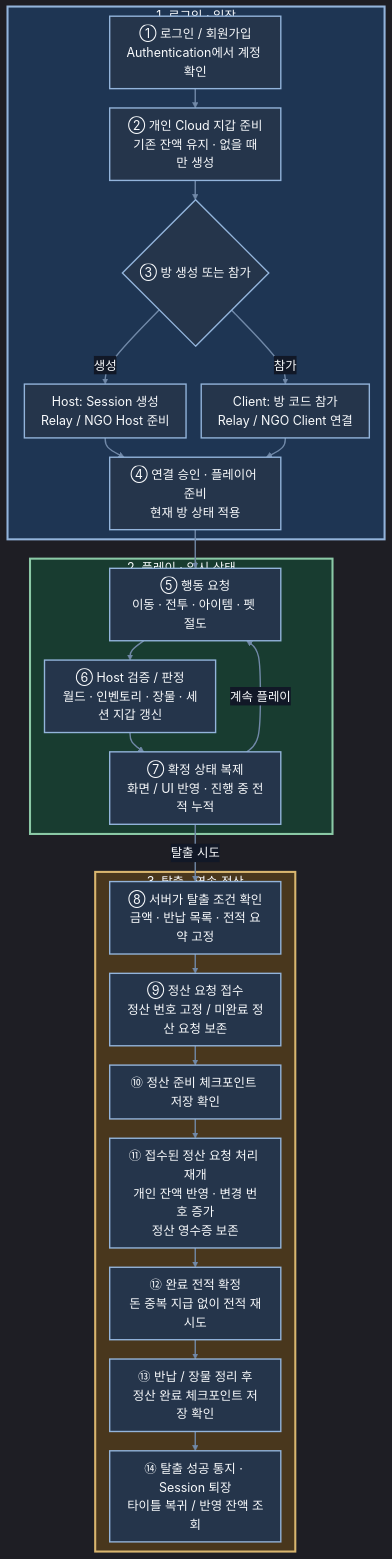
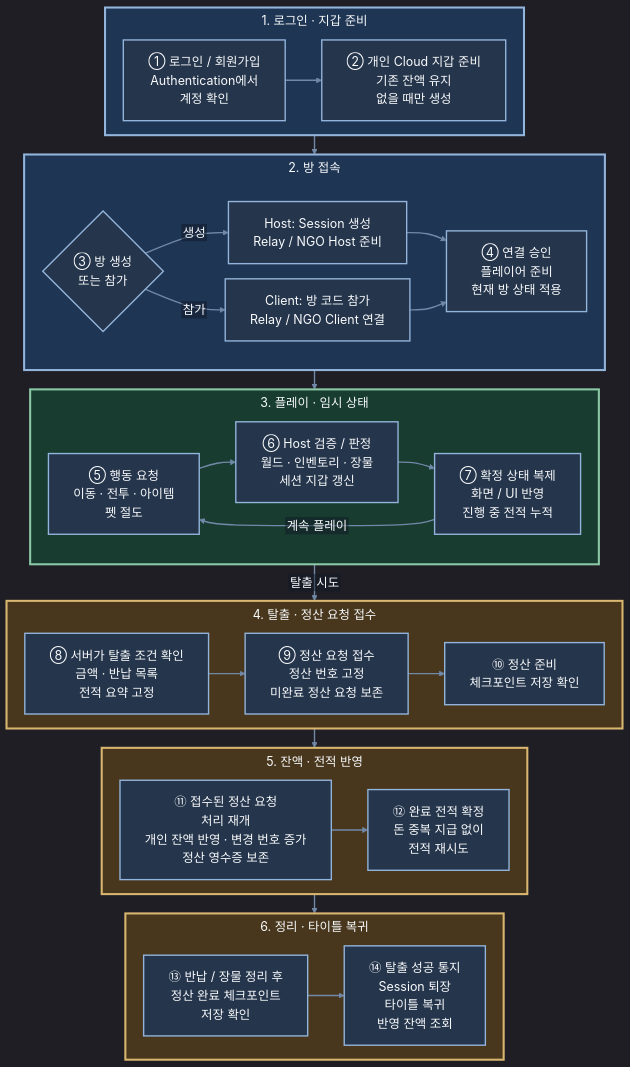
Before and after one commit to theholmes2/EchoZone: the second of 9 diagrams in README.md, drawn with Mermaid. The commit also changed other lines of this file, not shown here.

Commit message:
문서: README Mermaid 글꼴과 흐름 배치 가독성 개선

````diff
--- a/README.md
+++ b/README.md
@@ -65,41 +65,55 @@
 ```mermaid
-%%{init: {"theme":"dark","themeVariables":{"fontSize":"18px","fontFamily":"sans-serif","primaryColor":"#1E3553","primaryTextColor":"#F8FAFC","primaryBorderColor":"#93B4DB","lineColor":"#7189A8","secondaryColor":"#183C30","tertiaryColor":"#49371D","clusterBkg":"#1E3553","clusterBorder":"#93B4DB","actorBkg":"#1E3553","actorBorder":"#93B4DB","actorTextColor":"#F8FAFC","signalColor":"#F8FAFC","signalTextColor":"#F8FAFC","labelBoxBkgColor":"#49371D","labelBoxBorderColor":"#D9B66F","labelTextColor":"#F8FAFC","loopTextColor":"#F8FAFC","noteBkgColor":"#25354B","noteTextColor":"#F8FAFC","noteBorderColor":"#93B4DB","textColor":"#F8FAFC","titleColor":"#F8FAFC","secondaryTextColor":"#F8FAFC","tertiaryTextColor":"#F8FAFC","edgeLabelBackground":"#111827","nodeTextColor":"#F8FAFC","actorLineColor":"#CBD5E1","activationBorderColor":"#CBD5E1","activationBkgColor":"#25354B","darkMode":true,"background":"#111827"},"flowchart":{"nodeSpacing":22,"rankSpacing":28,"padding":12},"sequence":{"actorMargin":24,"width":110,"height":44,"diagramMarginX":8,"diagramMarginY":12,"messageMargin":28,"mirrorActors":false,"wrap":true,"actorFontSize":18,"messageFontSize":18,"noteFontSize":17},"darkMode":true,"themeCSS":"text, tspan { fill: #F8FAFC !important; } .nodeLabel, .nodeLabel p, .nodeLabel span, .edgeLabel, .edgeLabel p, .cluster-label, .cluster-label p { color: #F8FAFC !important; } .messageText, .noteText, .labelText, .loopText { fill: #F8FAFC !important; color: #F8FAFC !important; } .messageLine0, .messageLine1, .actor-line { stroke: #E2E8F0 !important; }"}}%%
-flowchart TD
-    subgraph Entry["1. 로그인 · 입장"]
-        L["① 로그인 / 회원가입<br/>Authentication에서 계정 확인"]
-        W["② 개인 Cloud 지갑 준비<br/>기존 잔액 유지 · 없을 때만 생성"]
-        Q{"③ 방 생성 또는 참가"}
+%%{init: {"theme":"dark","themeVariables":{"fontSize":"18px","fontFamily":"Arial, Malgun Gothic, sans-serif","primaryColor":"#1E3553","primaryTextColor":"#F8FAFC","primaryBorderColor":"#93B4DB","lineColor":"#7189A8","secondaryColor":"#183C30","tertiaryColor":"#49371D","clusterBkg":"#1E3553","clusterBorder":"#93B4DB","actorBkg":"#1E3553","actorBorder":"#93B4DB","actorTextColor":"#F8FAFC","signalColor":"#F8FAFC","signalTextColor":"#F8FAFC","labelBoxBkgColor":"#49371D","labelBoxBorderColor":"#D9B66F","labelTextColor":"#F8FAFC","loopTextColor":"#F8FAFC","noteBkgColor":"#25354B","noteTextColor":"#F8FAFC","noteBorderColor":"#93B4DB","textColor":"#F8FAFC","titleColor":"#F8FAFC","secondaryTextColor":"#F8FAFC","tertiaryTextColor":"#F8FAFC","edgeLabelBackground":"#111827","nodeTextColor":"#F8FAFC","actorLineColor":"#CBD5E1","activationBorderColor":"#CBD5E1","activationBkgColor":"#25354B","darkMode":true,"background":"#111827"},"flowchart":{"nodeSpacing":22,"rankSpacing":28,"padding":18,"htmlLabels":false,"wrappingWidth":360,"subGraphTitleMargin":{"top":8,"bottom":18}},"sequence":{"actorMargin":24,"width":110,"height":44,"diagramMarginX":8,"diagramMarginY":12,"messageMargin":28,"mirrorActors":false,"wrap":true,"actorFontSize":18,"messageFontSize":18,"noteFontSize":17},"darkMode":true,"themeCSS":"text, tspan { fill: #F8FAFC !important; } .nodeLabel, .nodeLabel p, .nodeLabel span, .edgeLabel, .edgeLabel p, .cluster-label, .cluster-label p { color: #F8FAFC !important; } .messageText, .noteText, .labelText, .loopText { fill: #F8FAFC !important; color: #F8FAFC !important; } .messageLine0, .messageLine1, .actor-line { stroke: #E2E8F0 !important; }","fontFamily":"Arial, Malgun Gothic, sans-serif"}}%%
+flowchart TB
+    subgraph Entry["1. 로그인 · 지갑 준비"]
+        direction LR
+        L["① 로그인 / 회원가입<br/>Authentication에서<br/>계정 확인"] --> W["② 개인 Cloud 지갑 준비<br/>기존 잔액 유지<br/>없을 때만 생성"]
+    end
+    subgraph Admission["2. 방 접속"]
+        direction LR
+        Q{"③ 방 생성<br/>또는 참가"}
         H["Host: Session 생성<br/>Relay / NGO Host 준비"]
         J["Client: 방 코드 참가<br/>Relay / NGO Client 연결"]
-        Ready["④ 연결 승인 · 플레이어 준비<br/>현재 방 상태 적용"]
-        L --> W --> Q
-        Q -->|생성| H
-        Q -->|참가| J
-        H --> Ready
-        J --> Ready
+        Ready["④ 연결 승인<br/>플레이어 준비<br/>현재 방 상태 적용"]
+        Q -->|생성| H --> Ready
+        Q -->|참가| J --> Ready
     end
-    subgraph Play["2. 플레이 · 임시 상태"]
-        Input["⑤ 행동 요청<br/>이동 · 전투 · 아이템 · 펫 절도"]
-        Judge["⑥ Host 검증 / 판정<br/>월드 · 인벤토리 · 장물 · 세션 지갑 갱신"]
-        Sync["⑦ 확정 상태 복제<br/>화면 / UI 반영 · 진행 중 전적 누적"]
+    subgraph Play["3. 플레이 · 임시 상태"]
+        direction LR
+        Input["⑤ 행동 요청<br/>이동 · 전투 · 아이템<br/>펫 절도"]
+        Judge["⑥ Host 검증 / 판정<br/>월드 · 인벤토리 · 장물<br/>세션 지갑 갱신"]
+        Sync["⑦ 확정 상태 복제<br/>화면 / UI 반영<br/>진행 중 전적 누적"]
         Input --> Judge --> Sync
+        Sync -->|계속 플레이| Input
     end
-    subgraph Exit["3. 탈출 · 영속 정산"]
-        E["⑧ 서버가 탈출 조건 확인<br/>금액 · 반납 목록 · 전적 요약 고정"]
-        P["⑨ 정산 요청 접수<br/>정산 번호 고정 / 미완료 정산 요청 보존"]
-        CP["⑩ 정산 준비 체크포인트 저장 확인"]
-        Money["⑪ 접수된 정산 요청 처리 재개<br/>개인 잔액 반영 · 변경 번호 증가<br/>정산 영수증 보존"]
-        Record["⑫ 완료 전적 확정<br/>돈 중복 지급 없이 전적 재시도"]
-        Finish["⑬ 반납 / 장물 정리 후<br/>정산 완료 체크포인트 저장 확인"]
-        Title["⑭ 탈출 성공 통지 · Session 퇴장<br/>타이틀 복귀 / 반영 잔액 조회"]
-        E --> P --> CP --> Money --> Record --> Finish --> Title
+    subgraph Prepare["4. 탈출 · 정산 요청 접수"]
+        direction LR
+        E["⑧ 서버가 탈출 조건 확인<br/>금액 · 반납 목록<br/>전적 요약 고정"]
+        P["⑨ 정산 요청 접수<br/>정산 번호 고정<br/>미완료 정산 요청 보존"]
+        CP["⑩ 정산 준비<br/>체크포인트 저장 확인"]
+        E --> P --> CP
     end
-    Ready --> Input
-    Sync -->|계속 플레이| Input
-    Sync -->|탈출 시도| E
+    subgraph Settle["5. 잔액 · 전적 반영"]
+        direction LR
+        Money["⑪ 접수된 정산 요청<br/>처리 재개<br/>개인 잔액 반영 · 변경 번호 증가<br/>정산 영수증 보존"]
+        Record["⑫ 완료 전적 확정<br/>돈 중복 지급 없이<br/>전적 재시도"]
+        Money --> Record
+    end
+    subgraph FinishFlow["6. 정리 · 타이틀 복귀"]
+        direction LR
+        Finish["⑬ 반납 / 장물 정리 후<br/>정산 완료 체크포인트<br/>저장 확인"]
+        Title["⑭ 탈출 성공 통지<br/>Session 퇴장<br/>타이틀 복귀<br/>반영 잔액 조회"]
+        Finish --> Title
+    end
+    Entry --> Admission --> Play
+    Play -->|탈출 시도| Prepare
+    Prepare --> Settle --> FinishFlow
     style Entry fill:#1E3553,stroke:#93B4DB,stroke-width:3px,color:#F8FAFC
+    style Admission fill:#1E3553,stroke:#93B4DB,stroke-width:3px,color:#F8FAFC
     style Play fill:#183C30,stroke:#8BC9A6,stroke-width:3px,color:#F8FAFC
-    style Exit fill:#49371D,stroke:#D9B66F,stroke-width:3px,color:#F8FAFC
+    style Prepare fill:#49371D,stroke:#D9B66F,stroke-width:3px,color:#F8FAFC
+    style Settle fill:#49371D,stroke:#D9B66F,stroke-width:3px,color:#F8FAFC
+    style FinishFlow fill:#49371D,stroke:#D9B66F,stroke-width:3px,color:#F8FAFC
     classDef default fill:#25354B,stroke:#93B4DB,stroke-width:2px,color:#F8FAFC
     linkStyle default stroke:#7189A8,stroke-width:2px,color:#F8FAFC
 ```
````
